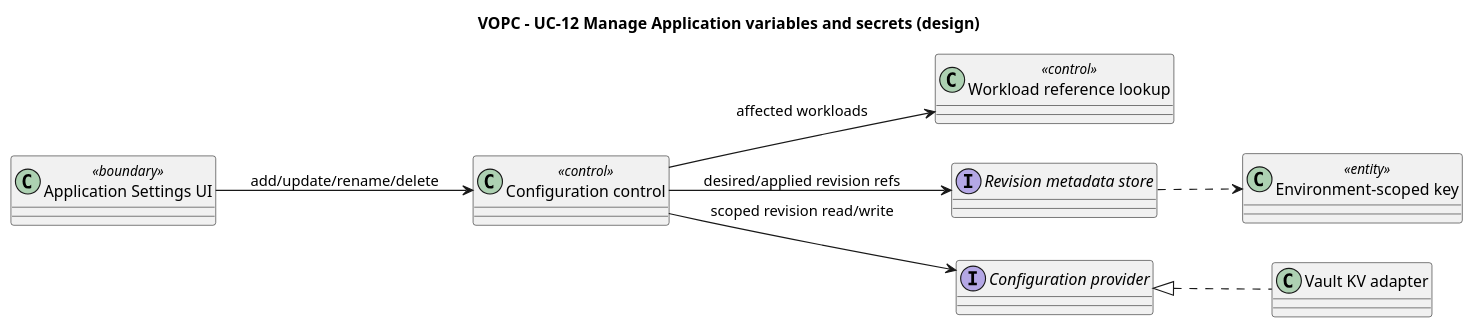
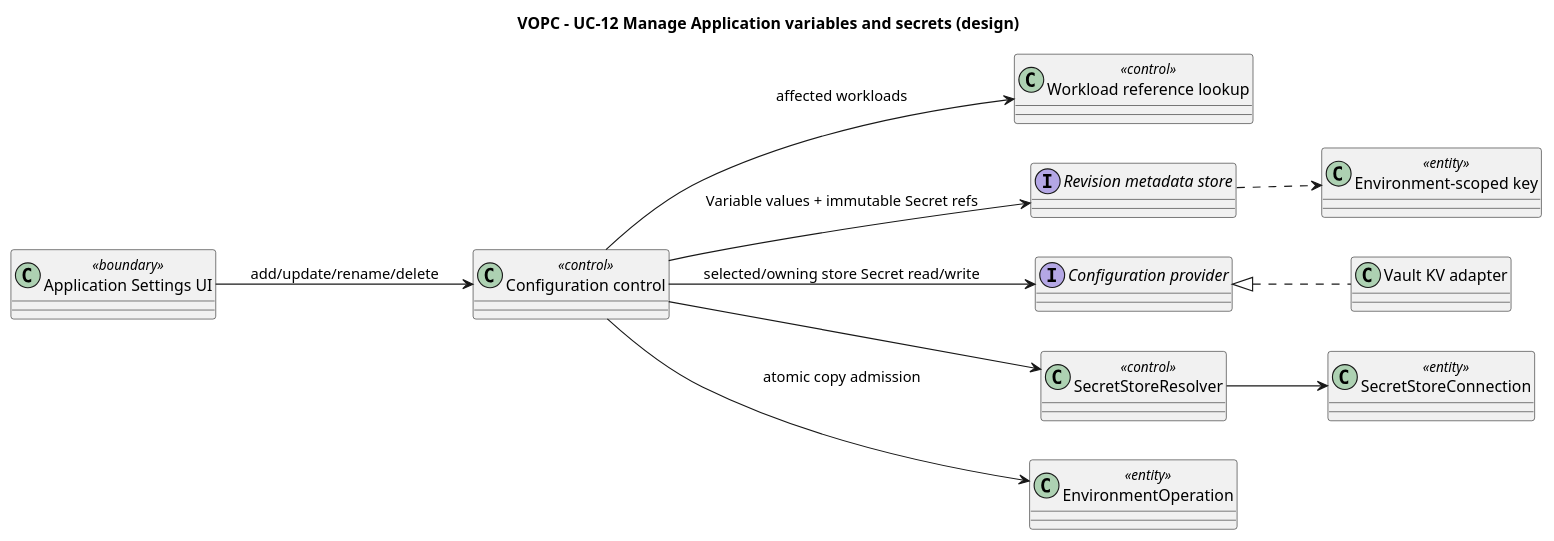
Before and after one commit to pr3s3nt/poc: the diagram in orchestrator_docs/usecase/UC-12/vopc.puml, drawn with PlantUML. The commit also changed 171 other files, not shown here.

Commit message:
feat: checkpoint environment secret stores and target transitions

```diff
--- a/orchestrator_docs/usecase/UC-12/vopc.puml
+++ b/orchestrator_docs/usecase/UC-12/vopc.puml
@@ -1,19 +1,25 @@
 @startuml
 title VOPC - UC-12 Manage Application variables and secrets (design)
 left to right direction
 skinparam classAttributeIconSize 0
 class "Application Settings UI" as UI <<boundary>>
 class "Configuration control" as Config <<control>>
 class "Workload reference lookup" as Refs <<control>>
 class "Environment-scoped key" as Key <<entity>>
 interface "Revision metadata store" as Store
 interface "Configuration provider" as Provider
 class "Vault KV adapter" as Vault
 
 UI --> Config : add/update/rename/delete
 Config --> Refs : affected workloads
-Config --> Store : desired/applied revision refs
-Config --> Provider : scoped revision read/write
+Config --> Store : Variable values + immutable Secret refs
+Config --> Provider : selected/owning store Secret read/write
 Provider <|.. Vault
 Store ..> Key
+class SecretStoreResolver <<control>>
+class SecretStoreConnection <<entity>>
+class EnvironmentOperation <<entity>>
+Config --> SecretStoreResolver
+SecretStoreResolver --> SecretStoreConnection
+Config --> EnvironmentOperation : atomic copy admission
 @enduml
```
